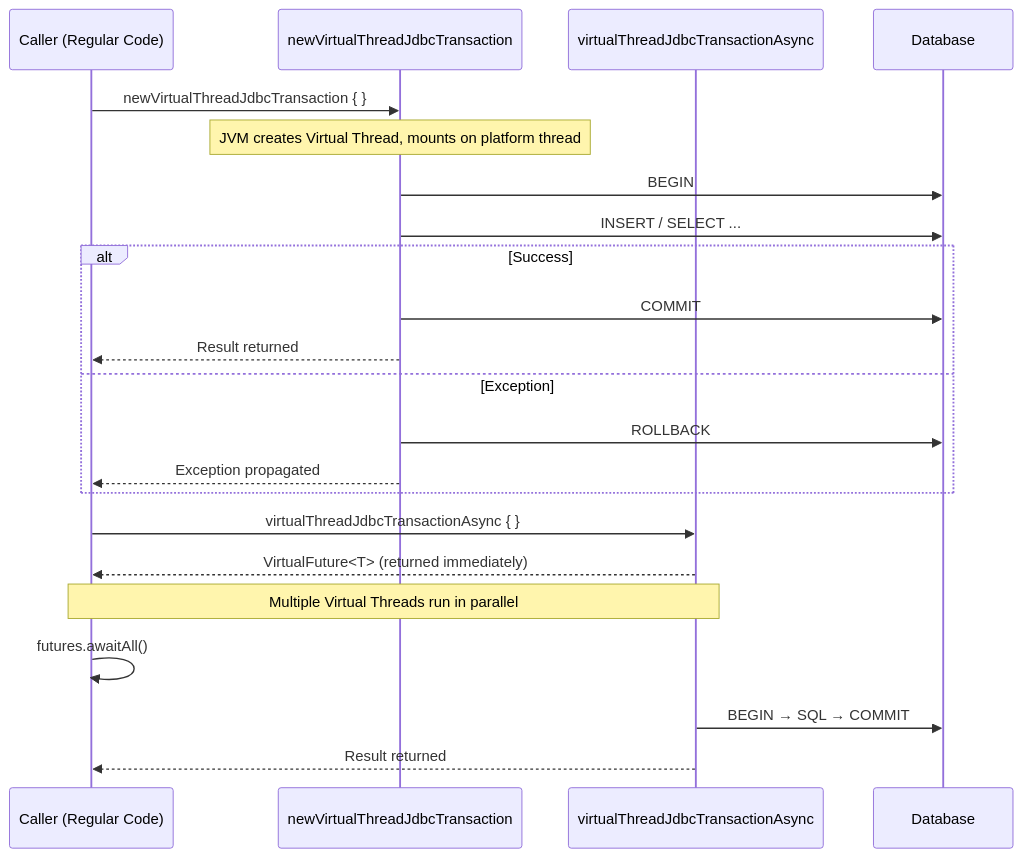
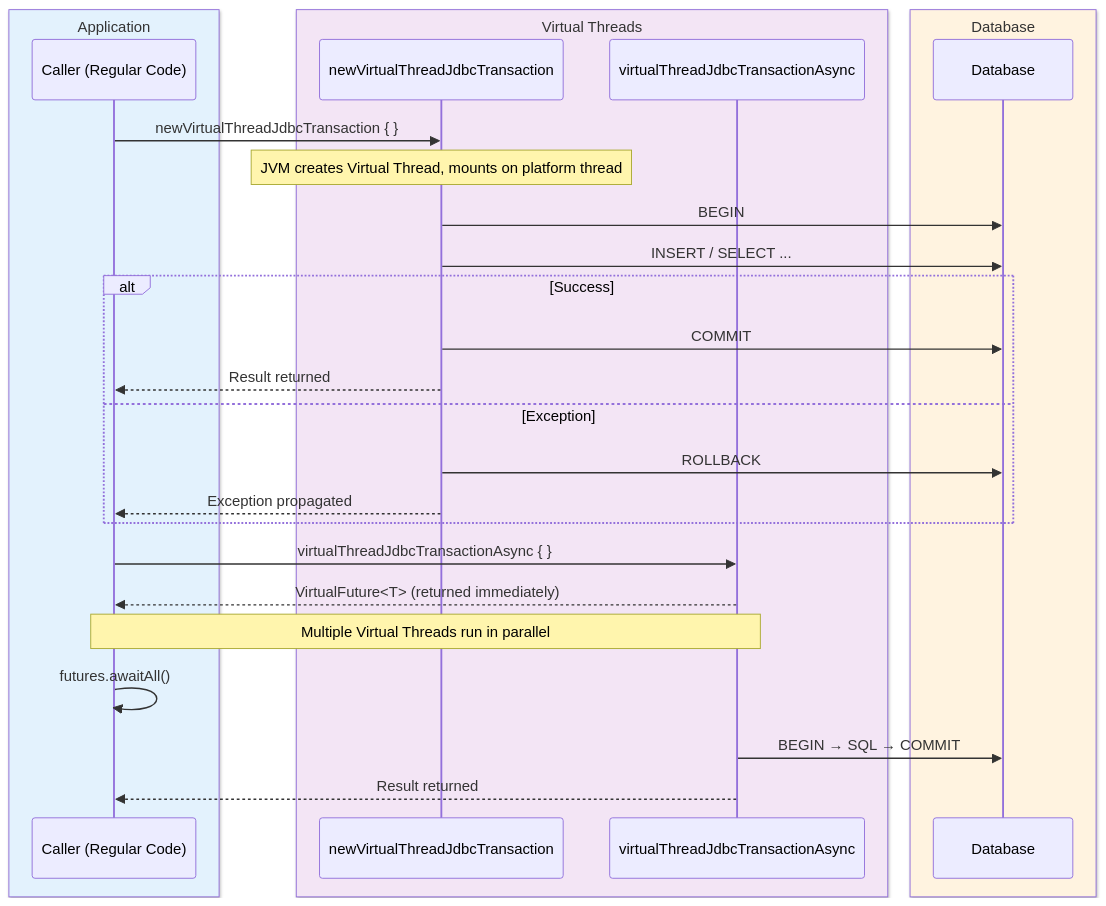
One commit to bluetape4k/exposed-workshop changed the first of 4 diagrams in 08-coroutines/02-virtualthreads-basic/README.md. Above: the diagram before and after it, drawn with Mermaid. The commit also changed 43 other files, not shown here.

First line of the commit message:
docs: sequence diagram에 box rgb() 파스텔 영역 적용

````diff
--- a/08-coroutines/02-virtualthreads-basic/README.md
+++ b/08-coroutines/02-virtualthreads-basic/README.md
@@ -52,27 +52,33 @@
 ```mermaid
-%%{init: {"theme": "neutral", "themeVariables": {"fontFamily": "'Comic Mono', 'goorm sans code', 'JetBrains Mono', 'goorm sans'", "actorBkg": "#E3F2FD", "actorBorder": "#90CAF9", "actorTextColor": "#1565C0", "actorLineColor": "#90CAF9", "activationBkgColor": "#E8F5E9", "activationBorderColor": "#A5D6A7", "labelBoxBkgColor": "#FFF3E0", "labelBoxBorderColor": "#FFCC80", "labelTextColor": "#E65100", "loopTextColor": "#6A1B9A", "noteBkgColor": "#F3E5F5", "noteBorderColor": "#CE93D8", "noteTextColor": "#6A1B9A", "signalColor": "#1565C0", "signalTextColor": "#1565C0"}}}%%
+%%{init: {"theme": "neutral", "themeVariables": {"fontFamily": "'Comic Mono', 'goorm sans code', 'JetBrains Mono', 'goorm sans'"}}}%%
 sequenceDiagram
-    participant C as Caller (Regular Code)
-    participant VT as newVirtualThreadJdbcTransaction
-    participant VTA as virtualThreadJdbcTransactionAsync
-    participant DB as Database
+    box rgb(227, 242, 253) Application
+        participant C as Caller (Regular Code)
+    end
+    box rgb(243, 229, 245) Virtual Threads
+        participant VT as newVirtualThreadJdbcTransaction
+        participant VTA as virtualThreadJdbcTransactionAsync
+    end
+    box rgb(255, 243, 224) Database
+        participant DB as Database
+    end
 
     C->>VT: newVirtualThreadJdbcTransaction { }
     Note over VT: JVM creates Virtual Thread, mounts on platform thread
     VT->>DB: BEGIN
     VT->>DB: INSERT / SELECT ...
     alt Success
         VT->>DB: COMMIT
         VT-->>C: Result returned
     else Exception
         VT->>DB: ROLLBACK
         VT-->>C: Exception propagated
     end
 
     C->>VTA: virtualThreadJdbcTransactionAsync { }
     VTA-->>C: VirtualFuture<T> (returned immediately)
     Note over C,VTA: Multiple Virtual Threads run in parallel
     C->>C: futures.awaitAll()
     VTA->>DB: BEGIN → SQL → COMMIT
     VTA-->>C: Result returned
 ```
````
